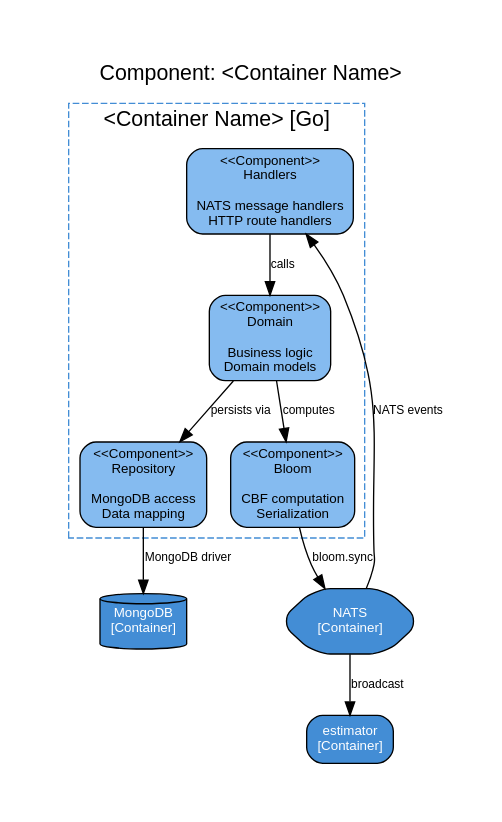
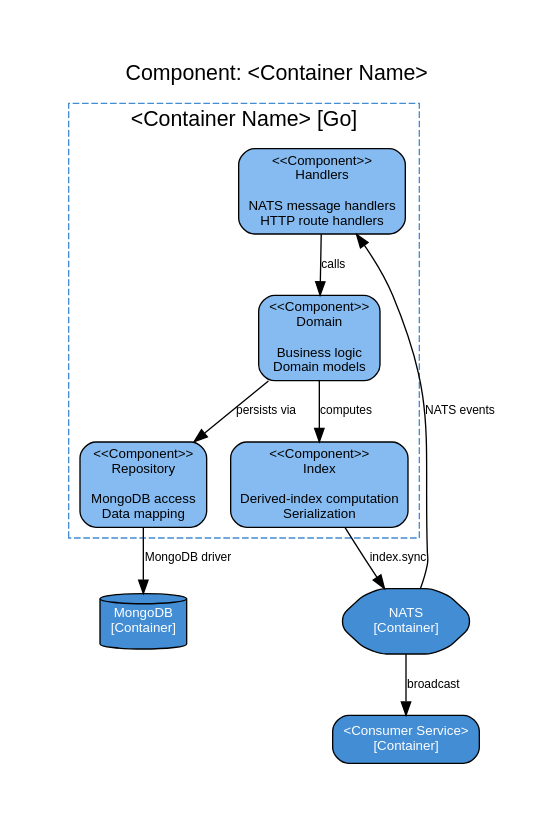
One commit to FrogoAI/arcdlc changed the third of 5 diagrams in skills/source-map/source/C4.md. Above: the diagram before and after it, drawn with Graphviz. The commit also changed other lines of this file and 2 other files, not shown here.

````diff
--- a/skills/source-map/source/C4.md
+++ b/skills/source-map/source/C4.md
@@ -229,41 +200,41 @@
 ```dot
 digraph C4_Component {
     graph [
         label="Component: <Container Name>"
         labelloc=t fontsize=16 fontname="Arial"
         rankdir=TB compound=true pad=0.5
     ]
     node [shape=box style="filled,rounded" fontname="Arial" fontsize=10]
     edge [fontname="Arial" fontsize=9]
 
     // The container being zoomed into
     subgraph cluster_container {
         label="<Container Name> [Go]" style=dashed color="#438DD5"
 
         handlers [label="<<Component>>\nHandlers\n\nNATS message handlers\nHTTP route handlers"
                   fillcolor="#85BBF0"]
         domain [label="<<Component>>\nDomain\n\nBusiness logic\nDomain models"
                 fillcolor="#85BBF0"]
         repo [label="<<Component>>\nRepository\n\nMongoDB access\nData mapping"
               fillcolor="#85BBF0"]
-        bloom [label="<<Component>>\nBloom\n\nCBF computation\nSerialization"
+        index [label="<<Component>>\nIndex\n\nDerived-index computation\nSerialization"
                fillcolor="#85BBF0"]
     }
 
     // Sibling containers
     nats [label="NATS\n[Container]" fillcolor="#438DD5" fontcolor=white shape=hexagon]
     mongo [label="MongoDB\n[Container]" fillcolor="#438DD5" fontcolor=white shape=cylinder]
-    estimator [label="estimator\n[Container]" fillcolor="#438DD5" fontcolor=white]
+    consumer [label="<Consumer Service>\n[Container]" fillcolor="#438DD5" fontcolor=white]
 
     // Internal relationships
     handlers -> domain [label="calls"]
     domain -> repo [label="persists via"]
-    domain -> bloom [label="computes"]
+    domain -> index [label="computes"]
 
     // External relationships
     nats -> handlers [label="NATS events"]
     repo -> mongo [label="MongoDB driver"]
-    bloom -> nats [label="bloom.sync"]
-    nats -> estimator [label="broadcast"]
+    index -> nats [label="index.sync"]
+    nats -> consumer [label="broadcast"]
 }
 ```
````
